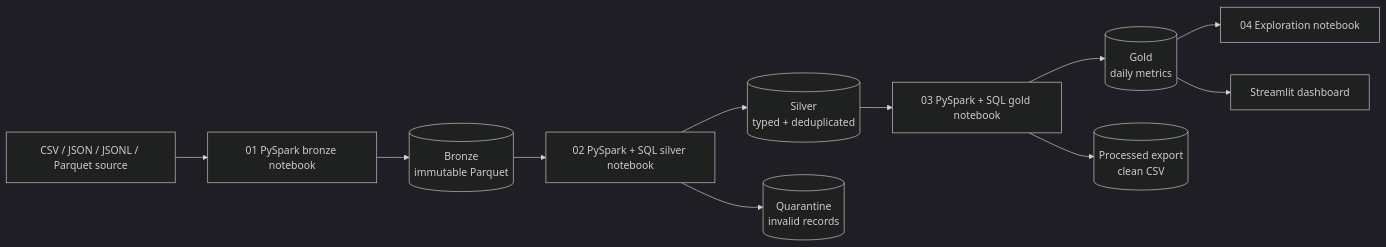
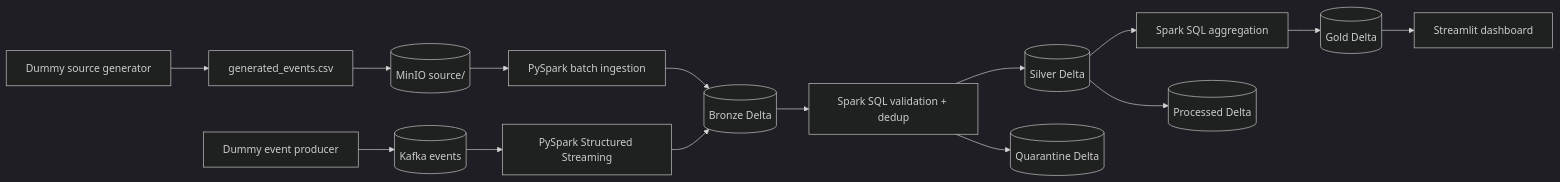
One commit to iiitbCarbon/InsightsStream- changed the diagram in README.md. Above: the diagram before and after it, drawn with Mermaid (dark theme). The commit also changed other lines of this file and 19 other files, not shown here.

Commit message:
Add local MinIO Delta Lake demo

````diff
--- a/README.md
+++ b/README.md
@@ -15,23 +17,19 @@
 ```mermaid
 flowchart LR
-    SRC[CSV / JSON / JSONL / Parquet source]
-    N1[01 PySpark bronze notebook]
-    B[(Bronze<br/>immutable Parquet)]
-    N2[02 PySpark + SQL silver notebook]
-    S[(Silver<br/>typed + deduplicated)]
-    Q[(Quarantine<br/>invalid records)]
-    N3[03 PySpark + SQL gold notebook]
-    G[(Gold<br/>daily metrics)]
-    OUT[(Processed export<br/>clean CSV)]
-    N4[04 Exploration notebook]
-    DASH[Streamlit dashboard]
+    GEN[Dummy source generator] --> CSV[generated_events.csv]
+    CSV --> SRC[(MinIO source/)]
+    SRC --> BATCH[PySpark batch ingestion]
 
-    SRC --> N1 --> B --> N2
-    N2 --> S
-    N2 --> Q
-    S --> N3
-    N3 --> G
-    N3 --> OUT
-    G --> N4
-    G --> DASH
+    PROD[Dummy event producer] --> K[(Kafka events)]
+    K --> STREAM[PySpark Structured Streaming]
+
+    BATCH --> BRONZE[(Bronze Delta)]
+    STREAM --> BRONZE
+    BRONZE --> SILVER[Spark SQL validation + dedup]
+    SILVER --> SD[(Silver Delta)]
+    SILVER --> Q[(Quarantine Delta)]
+    SD --> GOLD[Spark SQL aggregation]
+    GOLD --> GD[(Gold Delta)]
+    SD --> PD[(Processed Delta)]
+    GD --> DASH[Streamlit dashboard]
 ```
````
